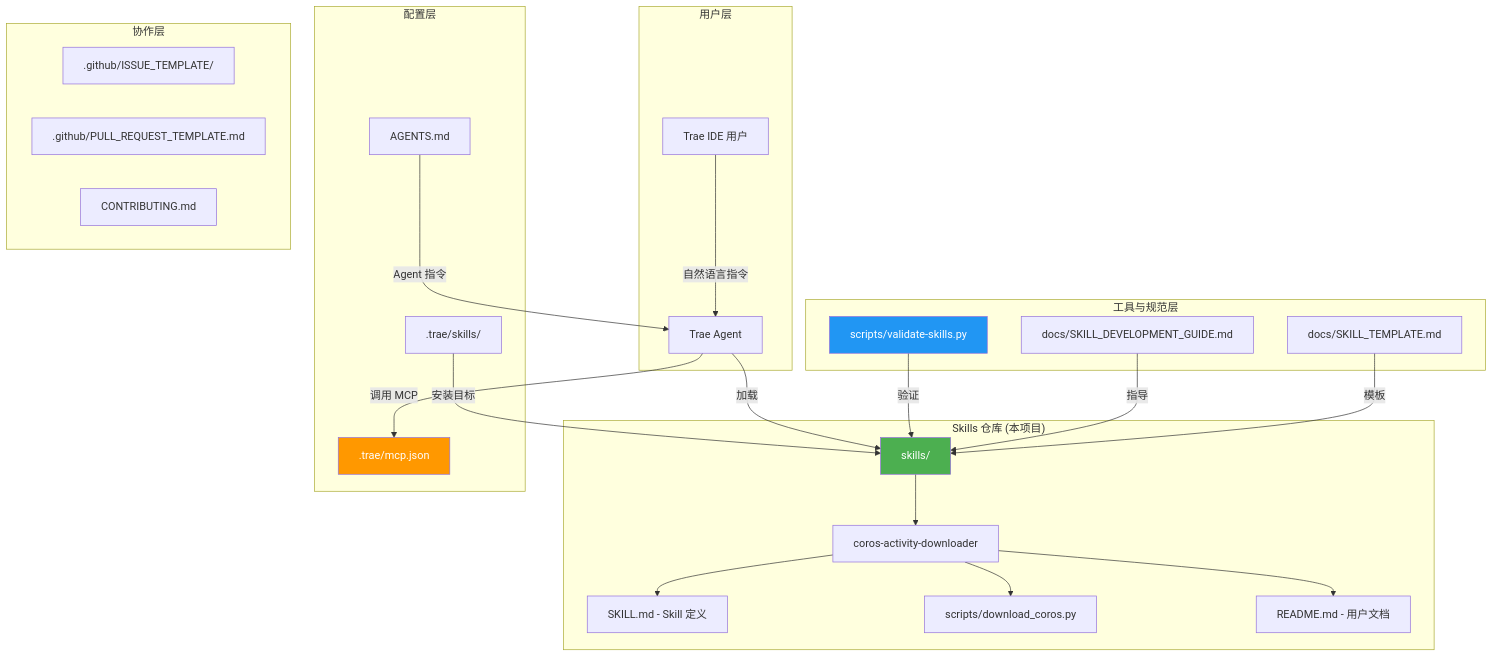
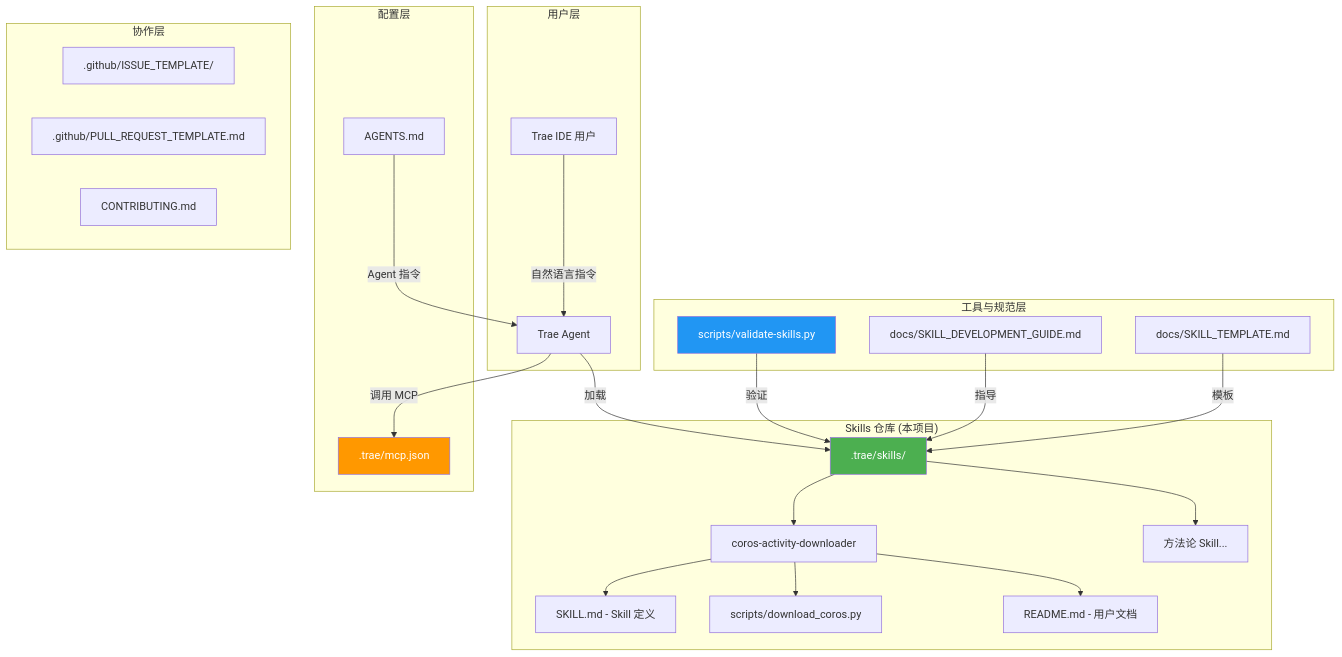
One commit to yecllsl/trae-agent-skills changed the first of 5 diagrams in CODE_WIKI.md. Above: the diagram before and after it, drawn with Mermaid. The commit also changed other lines of this file and 10 other files, not shown here.

````diff
--- a/CODE_WIKI.md
+++ b/CODE_WIKI.md
@@ -50,44 +50,43 @@
 ```mermaid
 graph TB
     subgraph "用户层"
         A[Trae IDE 用户] -->|自然语言指令| B[Trae Agent]
     end
 
     subgraph "Skills 仓库 (本项目)"
-        C[skills/]
+        C[.trae/skills/]
         C --> C1[coros-activity-downloader]
         C1 --> C1a[SKILL.md - Skill 定义]
         C1 --> C1b[scripts/download_coros.py]
         C1 --> C1c[README.md - 用户文档]
+        C --> C2[方法论 Skill...]
     end
 
     subgraph "工具与规范层"
         D[scripts/validate-skills.py]
         E[docs/SKILL_DEVELOPMENT_GUIDE.md]
         F[docs/SKILL_TEMPLATE.md]
     end
 
     subgraph "配置层"
         G[.trae/mcp.json]
-        H[.trae/skills/]
         I[AGENTS.md]
     end
 
     subgraph "协作层"
         J[.github/ISSUE_TEMPLATE/]
         K[.github/PULL_REQUEST_TEMPLATE.md]
         L[CONTRIBUTING.md]
     end
 
     B -->|加载| C
     B -->|调用 MCP| G
     D -->|验证| C
     E -->|指导| C
     F -->|模板| C
-    H -->|安装目标| C
     I -->|Agent 指令| B
 
     style C fill:#4CAF50,color:#fff
     style D fill:#2196F3,color:#fff
     style G fill:#FF9800,color:#fff
 ```
````
